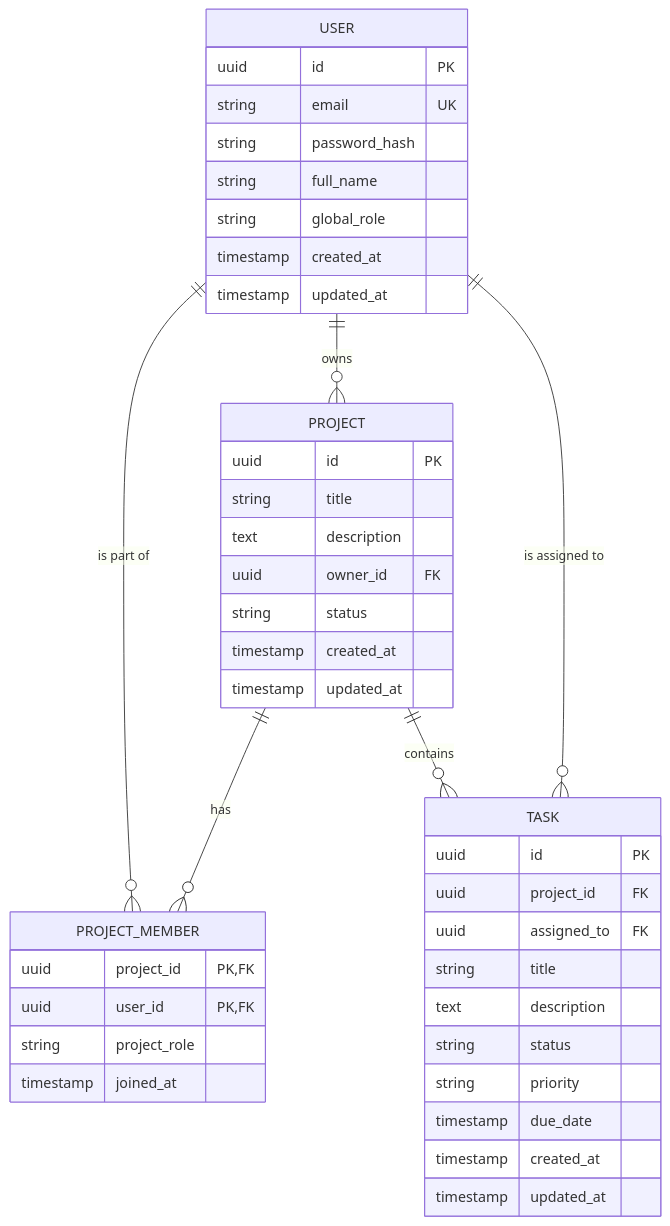
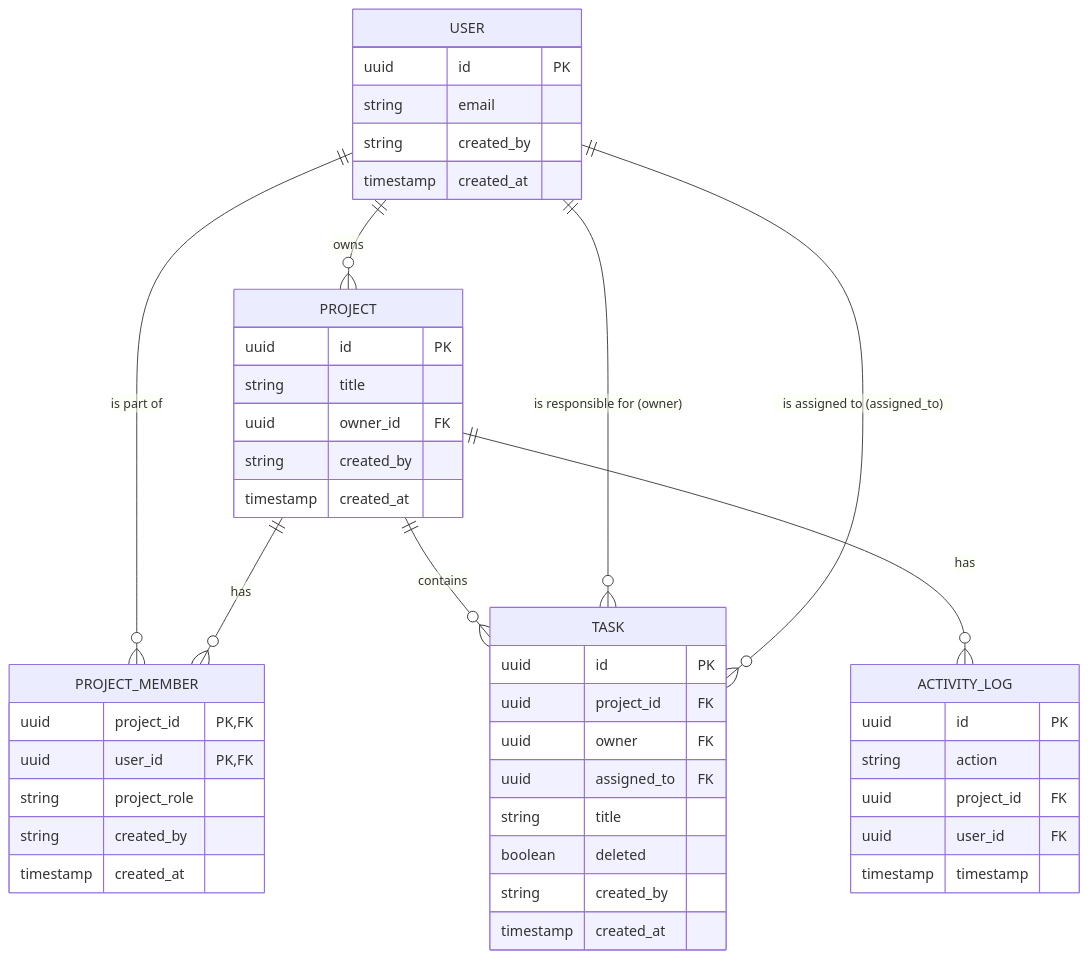
Before and after one commit to gnl-org/workhub: the diagram in docs/erd_5April26.md, drawn with Mermaid. The commit also changed 1 other file, not shown here.

````diff
--- a/docs/erd_5April26.md
+++ b/docs/erd_5April26.md
@@ -1,48 +1,52 @@
 ```mermaid
 erDiagram
     USER ||--o{ PROJECT : "owns"
     USER ||--o{ PROJECT_MEMBER : "is part of"
     PROJECT ||--o{ PROJECT_MEMBER : "has"
     PROJECT ||--o{ TASK : "contains"
-    USER ||--o{ TASK : "is assigned to"
+    USER ||--o{ TASK : "is responsible for (owner)"
+    USER ||--o{ TASK : "is assigned to (assigned_to)"
+    PROJECT ||--o{ ACTIVITY_LOG : "has"
 
     USER {
         uuid id PK
-        string email UK
-        string password_hash
-        string full_name
-        string global_role
+        string email
+        string created_by
         timestamp created_at
-        timestamp updated_at
     }
 
     PROJECT {
         uuid id PK
         string title
-        text description
         uuid owner_id FK
-        string status
+        string created_by
         timestamp created_at
-        timestamp updated_at
-    }
-
-    TASK {
-        uuid id PK
-        uuid project_id FK
-        uuid assigned_to FK
-        string title
-        text description
-        string status
-        string priority
-        timestamp due_date
-        timestamp created_at
-        timestamp updated_at
     }
 
     PROJECT_MEMBER {
         uuid project_id PK, FK
         uuid user_id PK, FK
         string project_role
-        timestamp joined_at
+        string created_by
+        timestamp created_at
+    }
+
+    TASK {
+        uuid id PK
+        uuid project_id FK
+        uuid owner FK
+        uuid assigned_to FK
+        string title
+        boolean deleted
+        string created_by
+        timestamp created_at
+    }
+
+    ACTIVITY_LOG {
+        uuid id PK
+        string action
+        uuid project_id FK
+        uuid user_id FK
+        timestamp timestamp
     }
 ```
````
